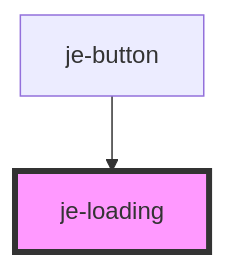
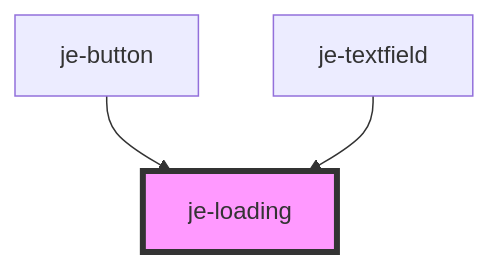
One commit to pgreen00/jebamo changed the diagram in packages/docs/docs/components/je-loading/readme.md. Above: the diagram before and after it, drawn with Mermaid. The commit also changed other lines of this file and 20 other files, not shown here.

````diff
--- a/packages/docs/docs/components/je-loading/readme.md
+++ b/packages/docs/docs/components/je-loading/readme.md
@@ -15,5 +16,6 @@
 ```mermaid
 graph TD;
   je-button --> je-loading
+  je-textfield --> je-loading
   style je-loading fill:#f9f,stroke:#333,stroke-width:4px
 ```
````
